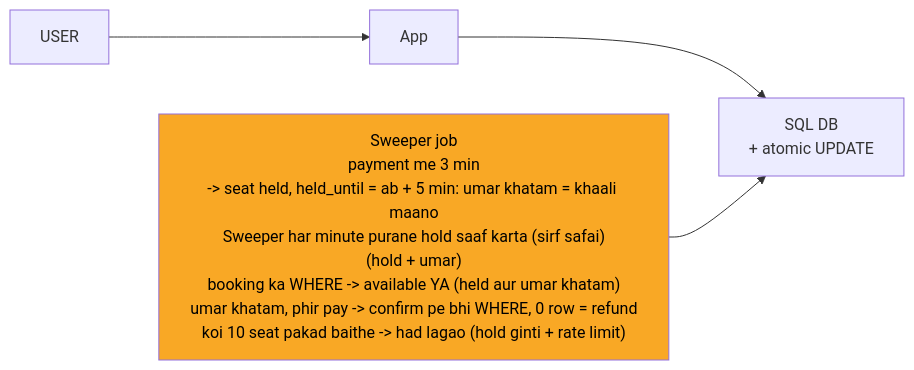
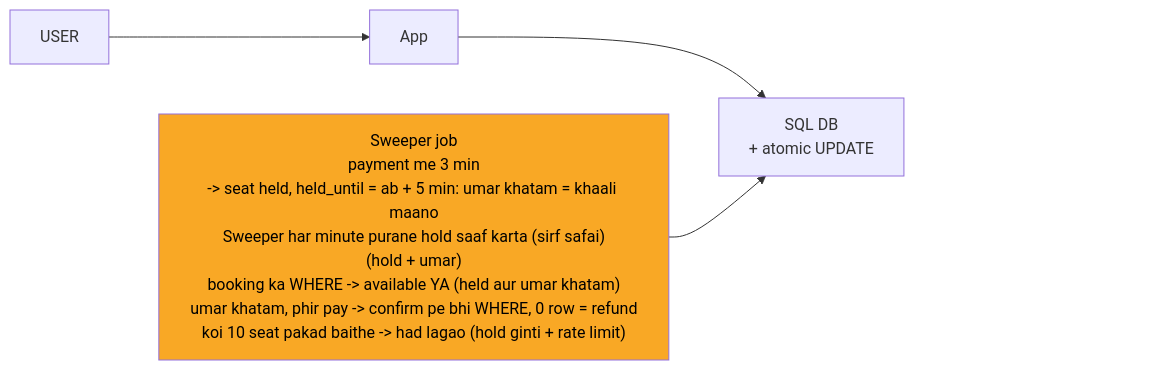
The third of 9 diagrams in 04_HLD/SYSTEM_DESIGNS/09_bookmyshow/09_bookmyshow_INTERVIEW.md (ArpanMaheshwari144/Prep), drawn with Mermaid before and after one commit. The commit also changed other lines of this file and 13 other files, not shown here.

Commit message:
hld 14 file: har diagram ke daayein andekha dabba, zoom button asli dabbe pe na aaye

````diff
--- a/04_HLD/SYSTEM_DESIGNS/09_bookmyshow/09_bookmyshow_INTERVIEW.md
+++ b/04_HLD/SYSTEM_DESIGNS/09_bookmyshow/09_bookmyshow_INTERVIEW.md
@@ -129,12 +135,15 @@
 ```mermaid
 %%{init: {"flowchart": {"wrappingWidth": 450}}}%%
 flowchart LR
     n_USER["USER"]
     n_App["App"]
     n_SQL_DB["SQL DB<br/>+ atomic UPDATE"]
     n_Sweeper_job["Sweeper job<br/>payment me 3 min<br/>-> seat held, held_until = ab + 5 min: umar khatam = khaali maano<br/>Sweeper har minute purane hold saaf karta (sirf safai)<br/>(hold + umar)<br/>booking ka WHERE -> available YA (held aur umar khatam)<br/>umar khatam, phir pay -> confirm pe bhi WHERE, 0 row = refund<br/>koi 10 seat pakad baithe -> had lagao (hold ginti + rate limit)"]
     n_USER --> n_App
     n_App --> n_SQL_DB
     n_Sweeper_job --> n_SQL_DB
+    n_pad["xxxxxxxxxxxxxxxx"]
+    n_SQL_DB ~~~ n_pad
     style n_Sweeper_job fill:#f9a825,color:#000
+    style n_pad fill:none,stroke:none,color:#ffffff00
 ```
````
